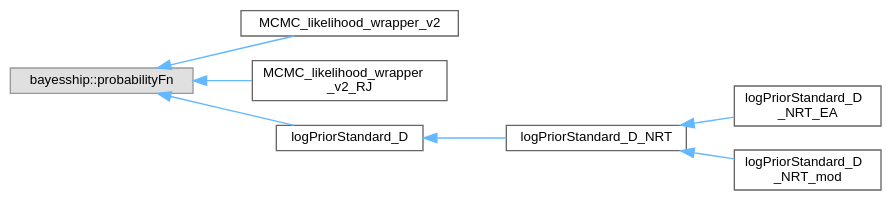
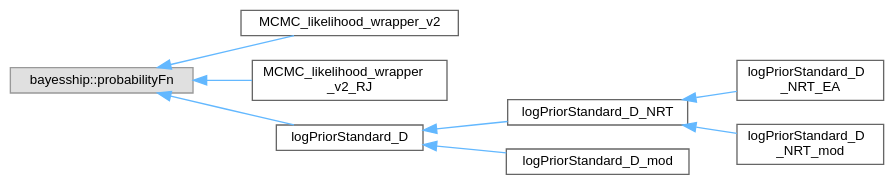
The diagram in inherit_graph_1.dot (scottperkins/gw_analysis_tools), drawn with Graphviz before and after one commit. The commit also changed 363 other files, not shown here.

```diff
--- a/inherit_graph_1.dot
+++ b/inherit_graph_1.dot
@@ -1,21 +1,23 @@
 digraph "Graphical Class Hierarchy"
 {
  // LATEX_PDF_SIZE
   bgcolor="transparent";
   edge [fontname=Helvetica,fontsize=10,labelfontname=Helvetica,labelfontsize=10];
   node [fontname=Helvetica,fontsize=10,shape=box,height=0.2,width=0.4];
   rankdir="LR";
   Node0 [label="bayesship::probabilityFn",height=0.2,width=0.4,color="grey60", fillcolor="#E0E0E0", style="filled",tooltip=" "];
   Node0 -> Node1 [dir="back",color="steelblue1",style="solid"];
   Node1 [label="MCMC_likelihood_wrapper_v2",height=0.2,width=0.4,color="grey40", fillcolor="white", style="filled",URL="$classMCMC__likelihood__wrapper__v2.html",tooltip=" "];
   Node0 -> Node2 [dir="back",color="steelblue1",style="solid"];
   Node2 [label="MCMC_likelihood_wrapper\l_v2_RJ",height=0.2,width=0.4,color="grey40", fillcolor="white", style="filled",URL="$classMCMC__likelihood__wrapper__v2__RJ.html",tooltip=" "];
   Node0 -> Node3 [dir="back",color="steelblue1",style="solid"];
   Node3 [label="logPriorStandard_D",height=0.2,width=0.4,color="grey40", fillcolor="white", style="filled",URL="$classlogPriorStandard__D.html",tooltip=" "];
   Node3 -> Node4 [dir="back",color="steelblue1",style="solid"];
   Node4 [label="logPriorStandard_D_NRT",height=0.2,width=0.4,color="grey40", fillcolor="white", style="filled",URL="$classlogPriorStandard__D__NRT.html",tooltip=" "];
   Node4 -> Node5 [dir="back",color="steelblue1",style="solid"];
   Node5 [label="logPriorStandard_D\l_NRT_EA",height=0.2,width=0.4,color="grey40", fillcolor="white", style="filled",URL="$classlogPriorStandard__D__NRT__EA.html",tooltip=" "];
   Node4 -> Node6 [dir="back",color="steelblue1",style="solid"];
   Node6 [label="logPriorStandard_D\l_NRT_mod",height=0.2,width=0.4,color="grey40", fillcolor="white", style="filled",URL="$classlogPriorStandard__D__NRT__mod.html",tooltip=" "];
+  Node3 -> Node7 [dir="back",color="steelblue1",style="solid"];
+  Node7 [label="logPriorStandard_D_mod",height=0.2,width=0.4,color="grey40", fillcolor="white", style="filled",URL="$classlogPriorStandard__D__mod.html",tooltip=" "];
 }
```
